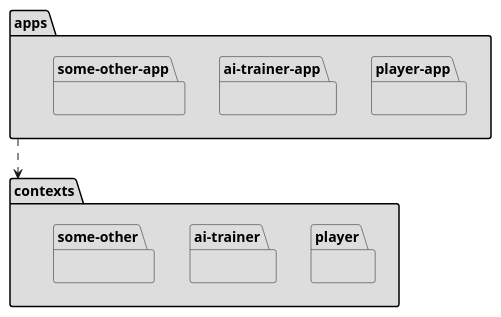
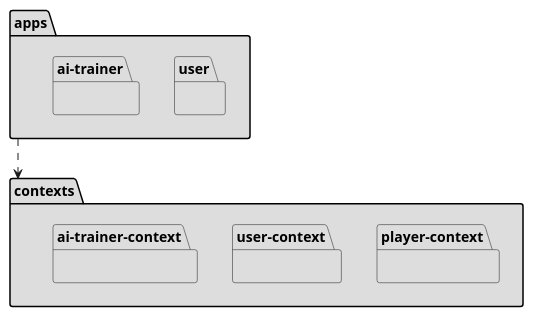
Before and after one commit to Master-Desarrollo-20-21/patrones-diseno---practica-final---juego-de-las-damas-fraylopez: the first of 2 diagrams in docs/src/analysis/architecture-packages_hex.plantuml, drawn with PlantUML.

Commit message:
rename hex diagrams

```diff
--- a/docs/src/analysis/architecture-packages_hex.plantuml
+++ b/docs/src/analysis/architecture-packages_hex.plantuml
@@ -1,15 +1,14 @@
 @startuml ArchitecturePackages
 package apps #DDDDDD {
-  package player-app #DDDDDD { }
-  package ai-trainer-app #DDDDDD { }
-  package some-other-app #DDDDDD { }
+  package user #DDDDDD { }
+  package ai-trainer #DDDDDD { }
 }
 
 package contexts #DDDDDD {
-  package player #DDDDDD {  }
-  package ai-trainer #DDDDDD {  }
-  package some-other #DDDDDD {  }
+  package player-context #DDDDDD {  }
+  package user-context #DDDDDD {  }
+  package ai-trainer-context #DDDDDD {  }
 }
 apps ..> contexts
 
 @enduml
```
